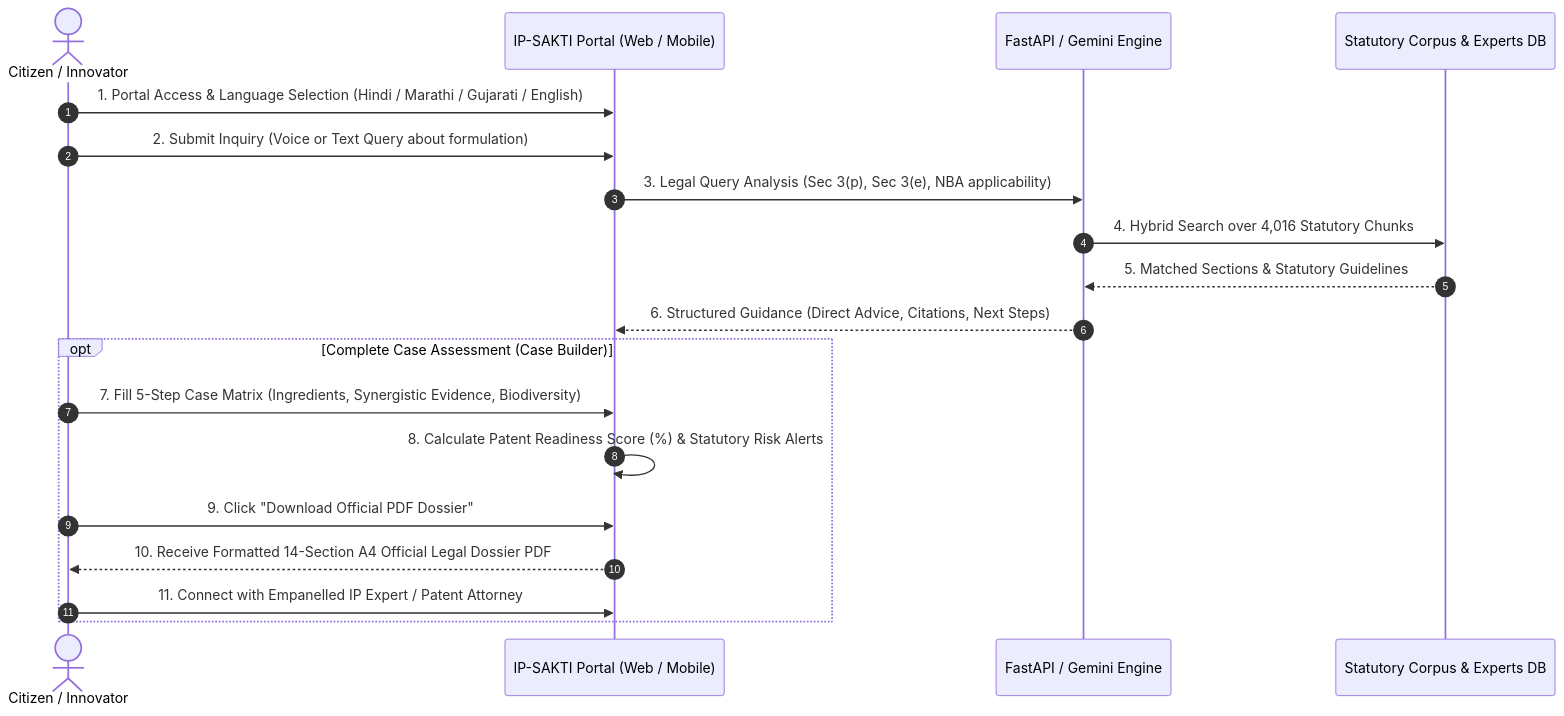
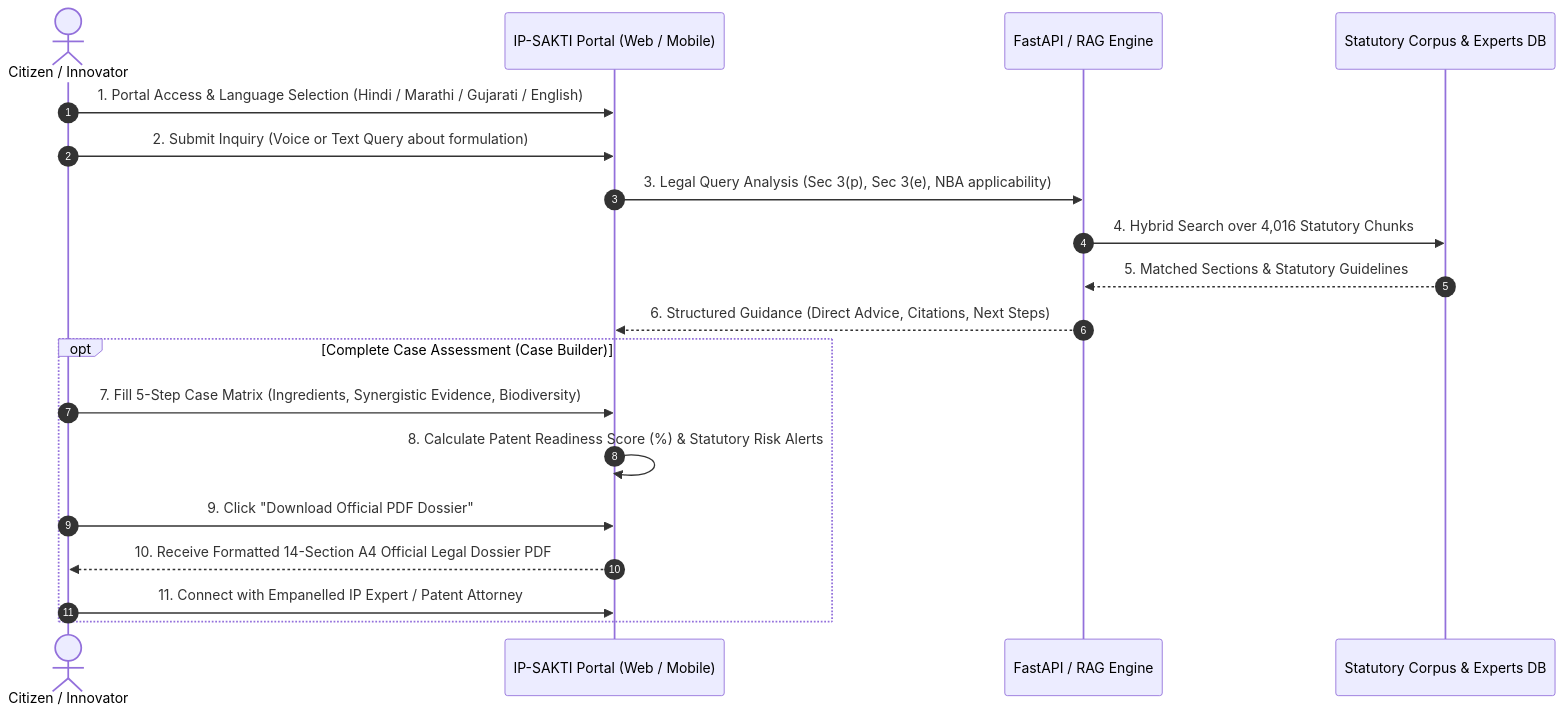
One commit to prajwalshahare73-master/IP-shakti-sayahak changed the second of 2 diagrams in TECH_STACK_AND_WORKFLOW.md. Above: the diagram before and after it, drawn with Mermaid. The commit also changed other lines of this file and 1 other file, not shown here.

````diff
--- a/TECH_STACK_AND_WORKFLOW.md
+++ b/TECH_STACK_AND_WORKFLOW.md
@@ -88,23 +89,23 @@
 ```mermaid
 sequenceDiagram
     autonumber
     actor User as Citizen / Innovator
     participant UI as IP-SAKTI Portal (Web / Mobile)
-    participant RAG as FastAPI / Gemini Engine
+    participant RAG as FastAPI / RAG Engine
     participant DB as Statutory Corpus & Experts DB
 
     User->>UI: 1. Portal Access & Language Selection (Hindi / Marathi / Gujarati / English)
     User->>UI: 2. Submit Inquiry (Voice or Text Query about formulation)
     UI->>RAG: 3. Legal Query Analysis (Sec 3(p), Sec 3(e), NBA applicability)
     RAG->>DB: 4. Hybrid Search over 4,016 Statutory Chunks
     DB-->>RAG: 5. Matched Sections & Statutory Guidelines
     RAG-->>UI: 6. Structured Guidance (Direct Advice, Citations, Next Steps)
     
     opt Complete Case Assessment (Case Builder)
         User->>UI: 7. Fill 5-Step Case Matrix (Ingredients, Synergistic Evidence, Biodiversity)
         UI->>UI: 8. Calculate Patent Readiness Score (%) & Statutory Risk Alerts
         User->>UI: 9. Click "Download Official PDF Dossier"
         UI-->>User: 10. Receive Formatted 14-Section A4 Official Legal Dossier PDF
         User->>UI: 11. Connect with Empanelled IP Expert / Patent Attorney
     end
 ```
````
